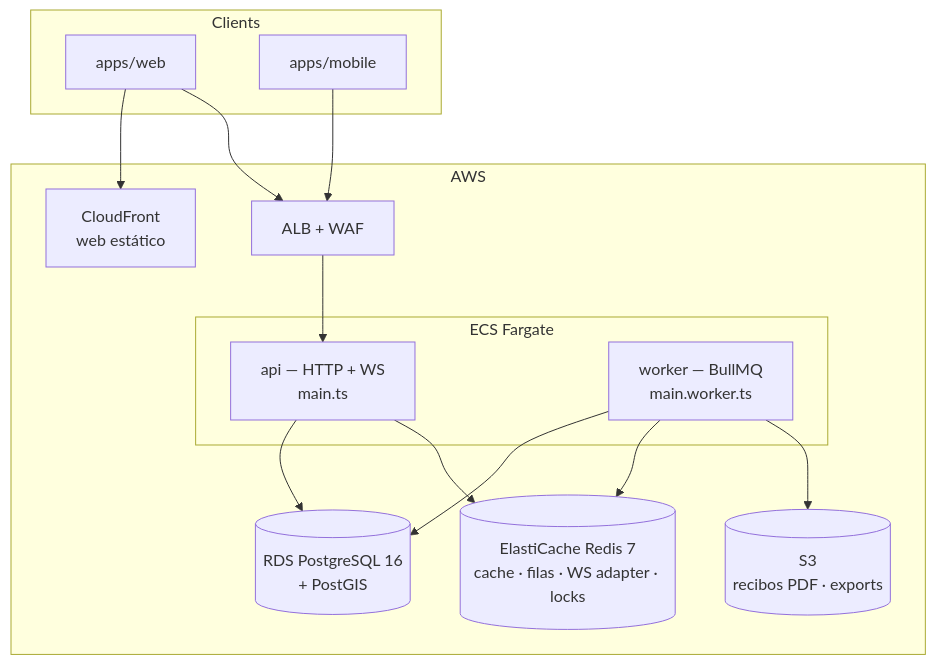
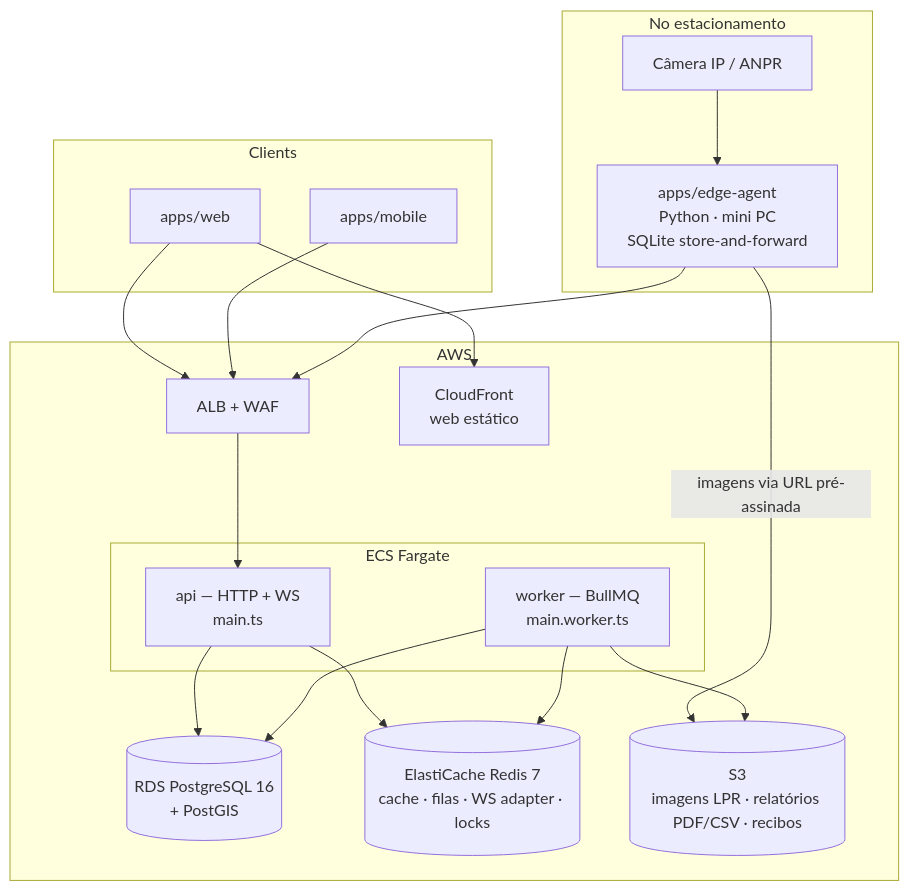
One commit to kuroneko83/neulander_parking changed the second of 3 diagrams in docs/architecture/system-design.md. Above: the diagram before and after it, drawn with Mermaid. The commit also changed other lines of this file and 18 other files, not shown here.

````diff
--- a/docs/architecture/system-design.md
+++ b/docs/architecture/system-design.md
@@ -65,27 +77,34 @@
 ```mermaid
 flowchart TB
   subgraph Clients
     web[apps/web]
     mobile[apps/mobile]
+  end
+  subgraph Estacionamento[No estacionamento]
+    cam[Câmera IP / ANPR]
+    edge[apps/edge-agent\nPython · mini PC\nSQLite store-and-forward]
+    cam --> edge
   end
   subgraph AWS
     alb[ALB + WAF]
     subgraph ECS Fargate
       apiSvc[api — HTTP + WS\nmain.ts]
       worker[worker — BullMQ\nmain.worker.ts]
     end
     rds[(RDS PostgreSQL 16\n+ PostGIS)]
     redis[(ElastiCache Redis 7\ncache · filas · WS adapter · locks)]
-    s3[(S3\nrecibos PDF · exports)]
+    s3[(S3\nimagens LPR · relatórios PDF/CSV · recibos)]
     cf[CloudFront\nweb estático]
   end
   web --> cf
   web --> alb
   mobile --> alb
+  edge --> alb
+  edge -->|imagens via URL pré-assinada| s3
   alb --> apiSvc
   apiSvc --> rds
   apiSvc --> redis
   worker --> rds
   worker --> redis
   worker --> s3
 ```
````
